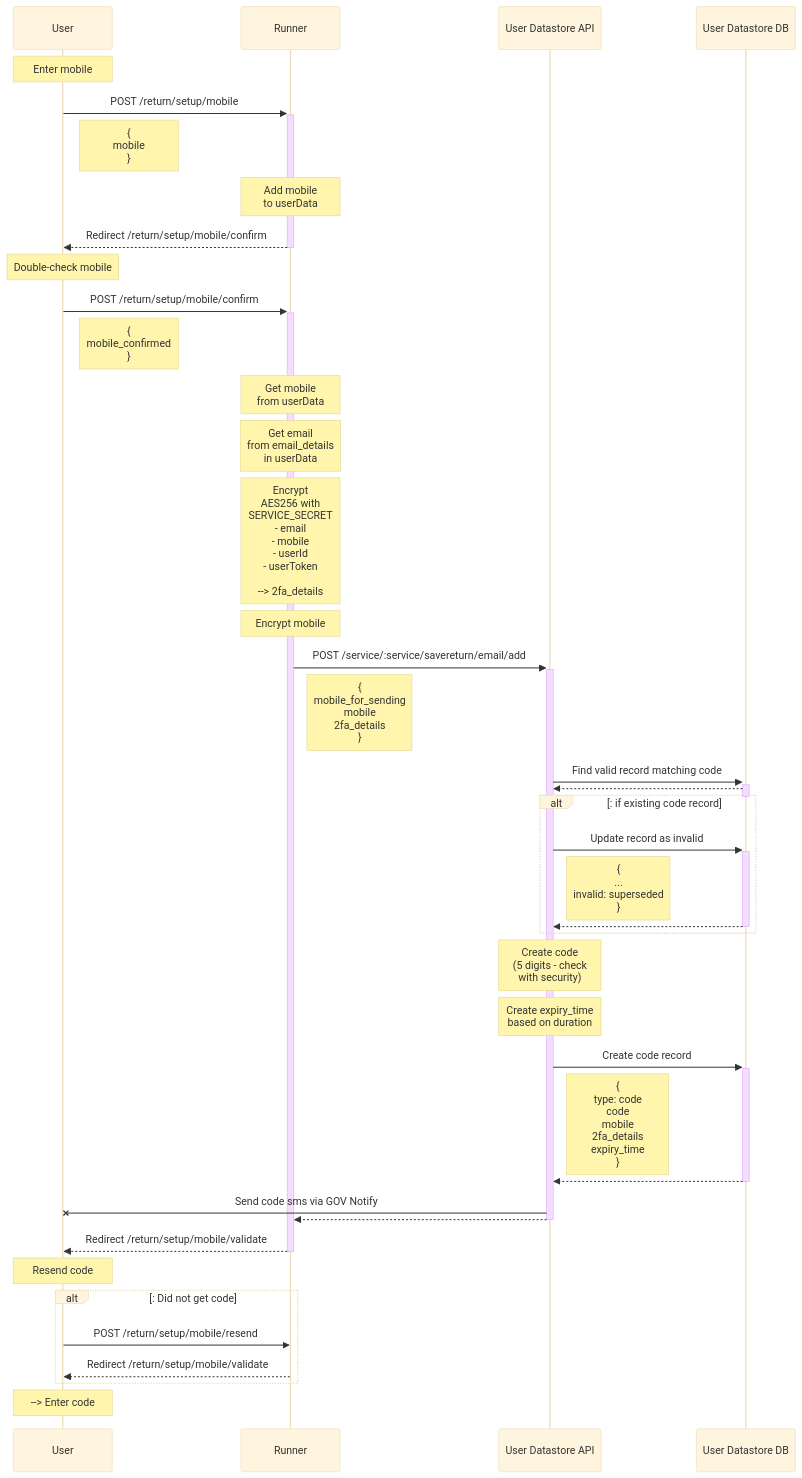
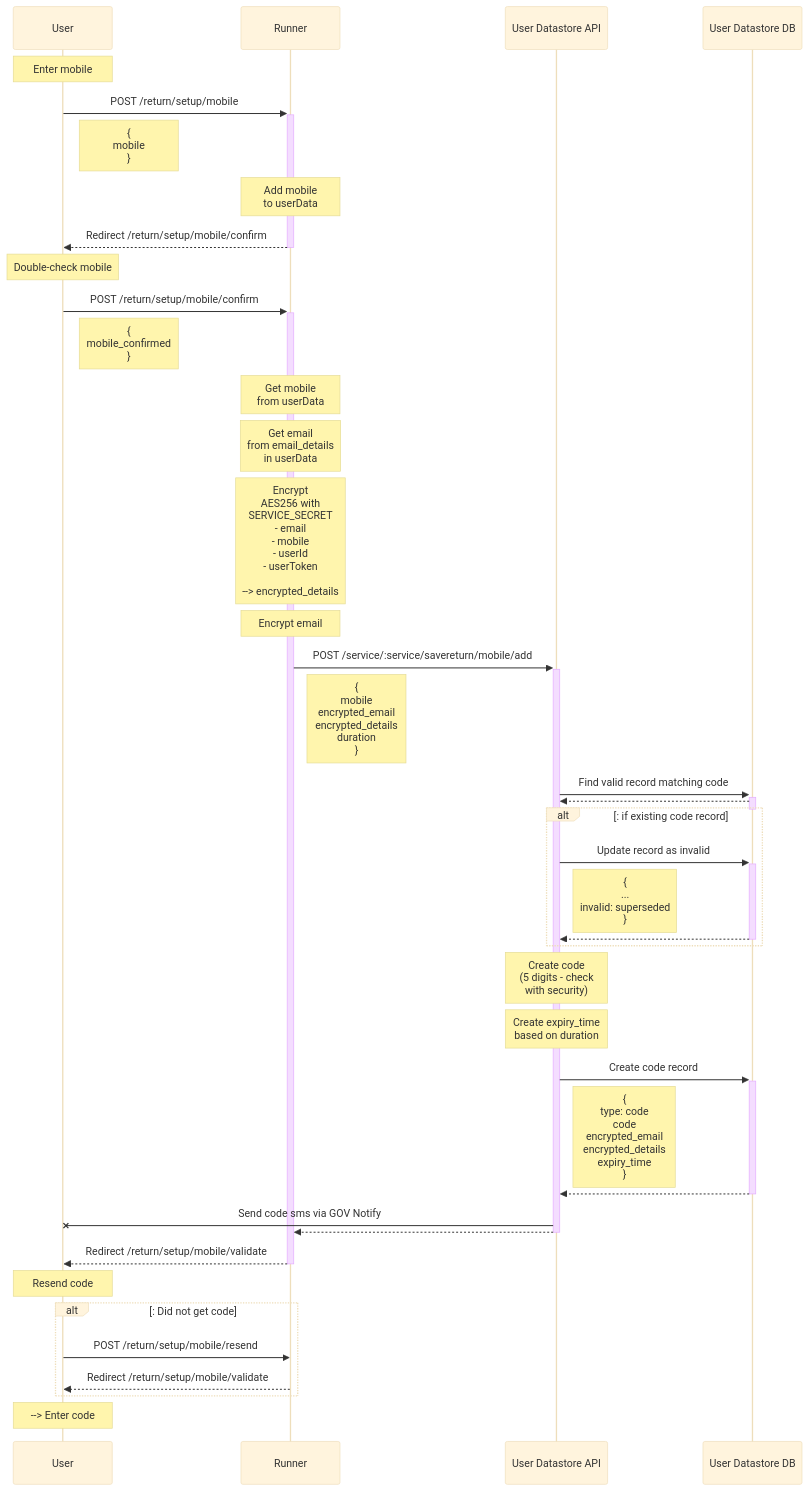
The diagram in documentation/running/save-and-return/files/return--setup--mobile-add.mmd (ministryofjustice/form-builder), drawn with Mermaid (base theme) before and after one commit. The commit also changed 29 other files, not shown here.

```diff
--- a/documentation/running/save-and-return/files/return--setup--mobile-add.mmd
+++ b/documentation/running/save-and-return/files/return--setup--mobile-add.mmd
@@ -1,79 +1,79 @@
 sequenceDiagram
 
 participant U as User
 
 participant R as Runner
 
 participant DS as User Datastore API
 
 participant DB as User Datastore DB
 
 Note over U: Enter mobile
 
 U->>+R: POST /return/setup/mobile
 
 Note right of U: {<br>mobile<br>}
 
 Note over R: Add mobile <br>to userData
 
 R-->>-U:  Redirect /return/setup/mobile/confirm
 
 Note over U: Double-check mobile
 
 U->>+R: POST /return/setup/mobile/confirm
 
 Note right of U: {<br>mobile_confirmed<br>}
 
 Note over R: Get mobile <br>from userData
 
 Note over R: Get email<br>from email_details<br>in userData
 
-Note over R: Encrypt<br>AES256 with<br>SERVICE_SECRET<br>- email<br>- mobile<br>- userId<br>- userToken<br><br>--> 2fa_details
+Note over R: Encrypt<br>AES256 with<br>SERVICE_SECRET<br>- email<br>- mobile<br>- userId<br>- userToken<br><br>--> encrypted_details
 
-Note over R: Encrypt mobile
+Note over R: Encrypt email
 
-R->>+DS: POST /service/:service/savereturn/email/add
+R->>+DS: POST /service/:service/savereturn/mobile/add
 
-Note right of R: {<br>mobile_for_sending<br>mobile<br>2fa_details<br>}
+Note right of R: {<br>mobile<br>encrypted_email<br>encrypted_details<br>duration<br>}
 
 DS->>+DB: Find valid record matching code 
 
 DB-->>-DS: 
 
 alt: if existing code record
 
 DS->>+DB: Update record as invalid 
 
 Note right of DS: {<br>...<br>invalid: superseded<br>}
 
 DB-->>-DS: 
 
 end
 
 Note over DS: Create  code<br>(5 digits - check<br>with security)
 
 Note over DS: Create expiry_time<br>based on duration
 
 DS->>+DB: Create code record 
 
-Note right of DS: { <br>type: code<br>code<br>mobile<br>2fa_details<br>expiry_time<br> }
+Note right of DS: { <br>type: code<br>code<br>encrypted_email<br>encrypted_details<br>expiry_time<br> }
 
 DB-->>-DS: 
 
 DS-XU: Send code sms via GOV Notify
 
 DS-->>-R:  
 
 R-->>-U:  Redirect /return/setup/mobile/validate
 
 Note over U: Resend code
 
 alt: Did not get code
 
 U->>R: POST /return/setup/mobile/resend
 
 R-->>U: Redirect /return/setup/mobile/validate
 
 end
 
 Note over U: --> Enter code
```
